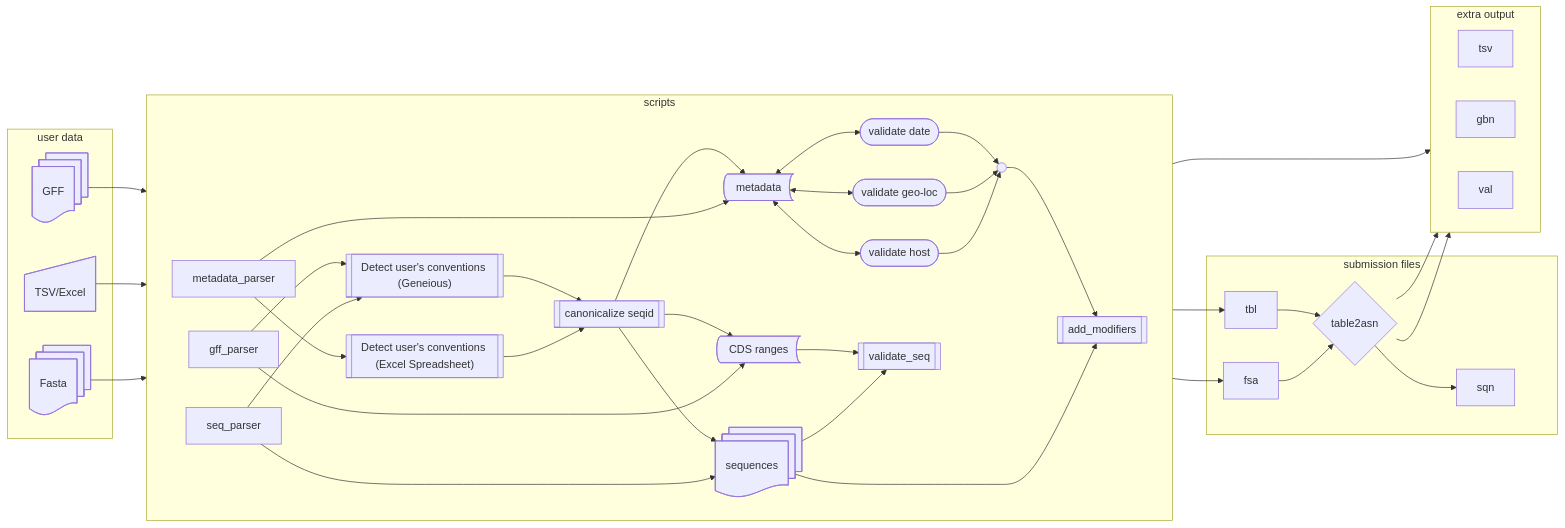
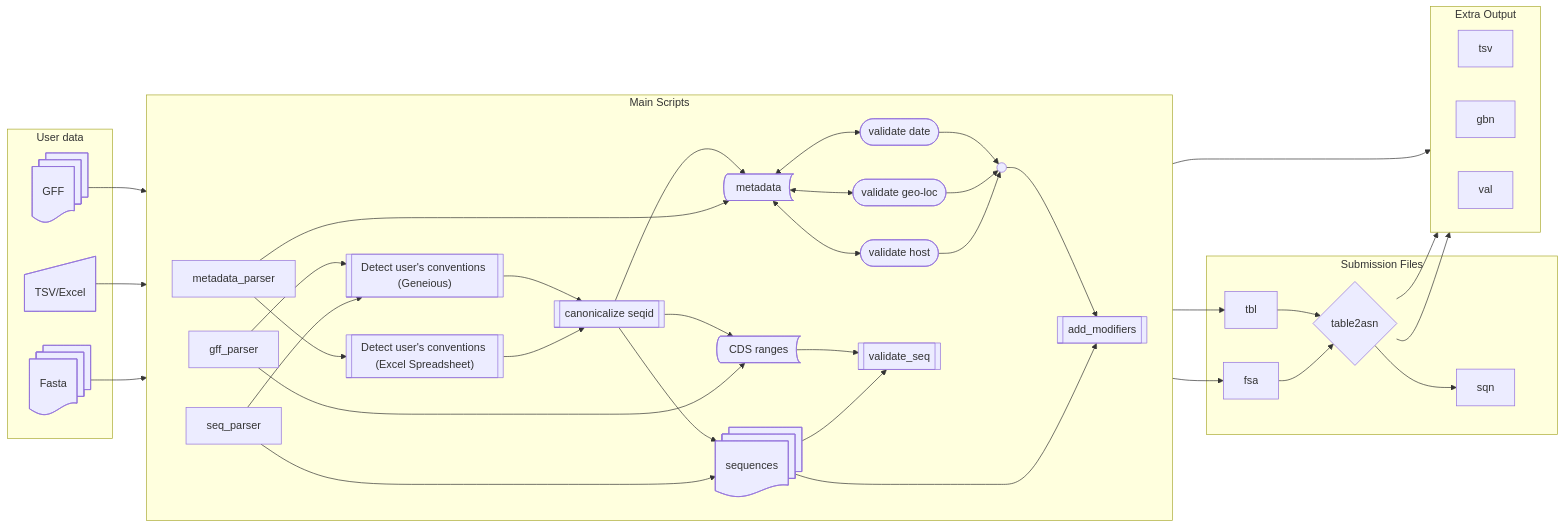
The diagram in README.md (meekrob/mayo-lab-genbank), drawn with Mermaid before and after one commit. The commit also changed other lines of this file, not shown here.

````diff
--- a/README.md
+++ b/README.md
@@ -24,7 +28,7 @@
     sequences@{ shape: docs }
     metadata@{ shape: bow-rect, label: "metadata"}; 
 
-    subgraph "user data"
+    subgraph "User data"
     GFF;
     user_annot;
     Fasta;
@@ -36,7 +40,7 @@
     Fasta-->seq_parser;
 
 
-    subgraph scripts
+    subgraph "Main Scripts"
         direction LR
         seq_parser-->user_variation_geneious;
         seq_parser-->sequences;
@@ -78,7 +82,7 @@
     tbl-->table2asn;
     fsa-->table2asn;
 
-    subgraph "submission files"
+    subgraph "Submission Files"
         table2asn
         tbl
         fsa
@@ -88,13 +92,10 @@
     table2asn-->gbn;
     table2asn-->val;
 
-    subgraph "extra output"
+    subgraph "Extra Output"
         direction LR
         tsv;
         gbn;
         val;
     end
-
-
-
 ```
````
